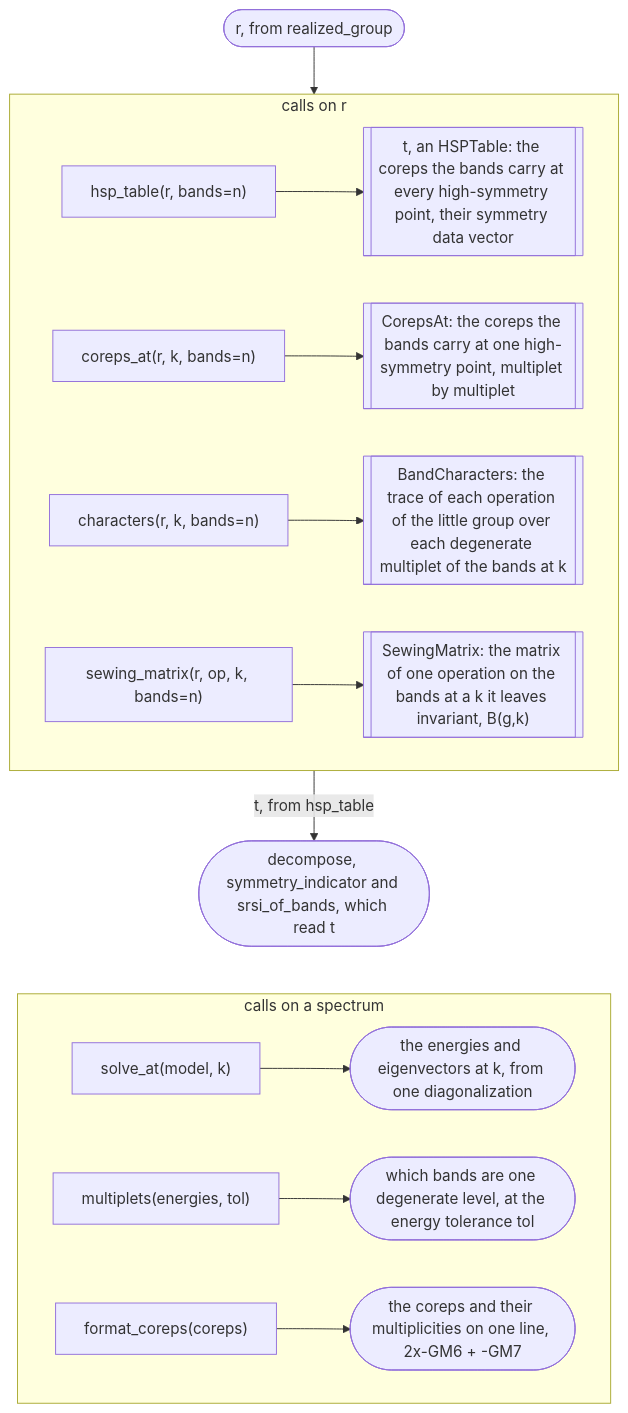
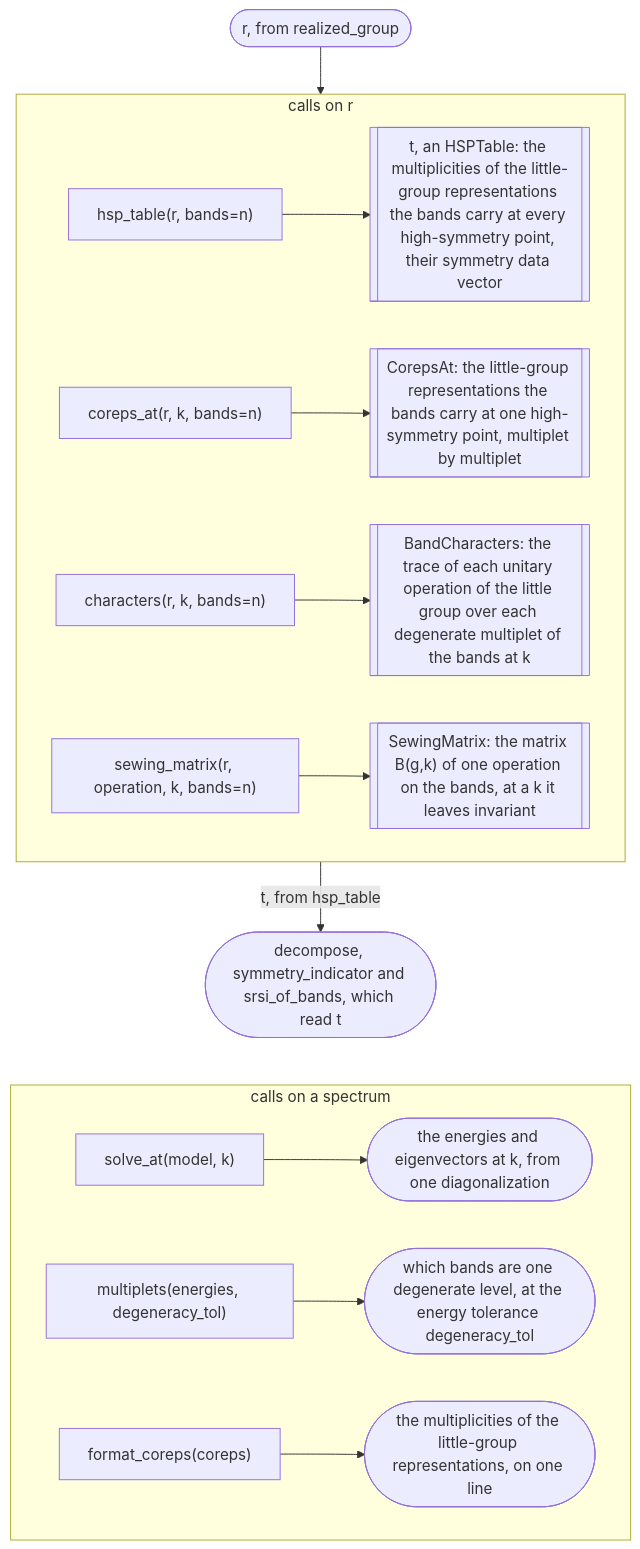
One commit to bbradlyn/pythtqc changed the sixth of 8 diagrams in docs/background/modules.md. Above: the diagram before and after it, drawn with Mermaid. The commit also changed other lines of this file and 7 other files, not shown here.

````diff
--- a/docs/background/modules.md
+++ b/docs/background/modules.md
@@ -191,24 +212,24 @@
 ```mermaid
 flowchart TD
     w_rep(["r, from realized_group"])
     w_next(["decompose, symmetry_indicator and srsi_of_bands, which read t"])
 
     w_rep --> w_calls
     w_calls -- "t, from hsp_table" --> w_next
     w_next ~~~ w_tools
 
     subgraph w_calls ["calls on r"]
         direction LR
-        w_ht["hsp_table(r, bands=n)"] --> w_HT[["t, an HSPTable: the coreps the bands carry at every high-symmetry point, their symmetry data vector"]]
-        w_cc["coreps_at(r, k, bands=n)"] --> w_CC[["CorepsAt: the coreps the bands carry at one high-symmetry point, multiplet by multiplet"]]
-        w_ch["characters(r, k, bands=n)"] --> w_CT[["BandCharacters: the trace of each operation of the little group over each degenerate multiplet of the bands at k"]]
-        w_sm["sewing_matrix(r, op, k, bands=n)"] --> w_SM[["SewingMatrix: the matrix of one operation on the bands at a k it leaves invariant, B(g,k)"]]
+        w_ht["hsp_table(r, bands=n)"] --> w_HT[["t, an HSPTable: the multiplicities of the little-group representations the bands carry at every high-symmetry point, their symmetry data vector"]]
+        w_cc["coreps_at(r, k, bands=n)"] --> w_CC[["CorepsAt: the little-group representations the bands carry at one high-symmetry point, multiplet by multiplet"]]
+        w_ch["characters(r, k, bands=n)"] --> w_CT[["BandCharacters: the trace of each unitary operation of the little group over each degenerate multiplet of the bands at k"]]
+        w_sm["sewing_matrix(r, operation, k, bands=n)"] --> w_SM[["SewingMatrix: the matrix B(g,k) of one operation on the bands, at a k it leaves invariant"]]
     end
 
     subgraph w_tools ["calls on a spectrum"]
         direction LR
         w_solve["solve_at(model, k)"] --> w_solve_out(["the energies and eigenvectors at k, from one diagonalization"])
-        w_mult["multiplets(energies, tol)"] --> w_mult_out(["which bands are one degenerate level, at the energy tolerance tol"])
-        w_fmt["format_coreps(coreps)"] --> w_fmt_out(["the coreps and their multiplicities on one line, 2x-GM6 + -GM7"])
+        w_mult["multiplets(energies, degeneracy_tol)"] --> w_mult_out(["which bands are one degenerate level, at the energy tolerance degeneracy_tol"])
+        w_fmt["format_coreps(coreps)"] --> w_fmt_out(["the multiplicities of the little-group representations, on one line"])
     end
 ```
````
